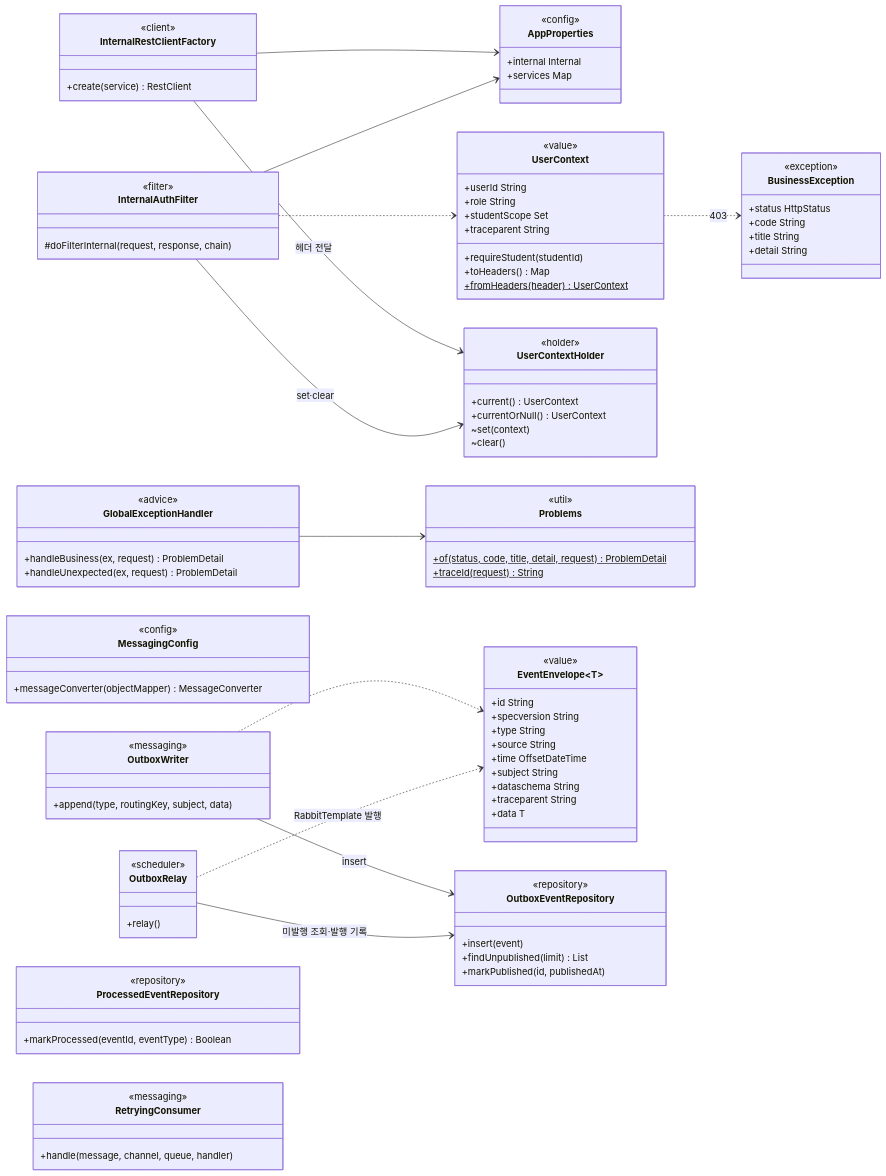
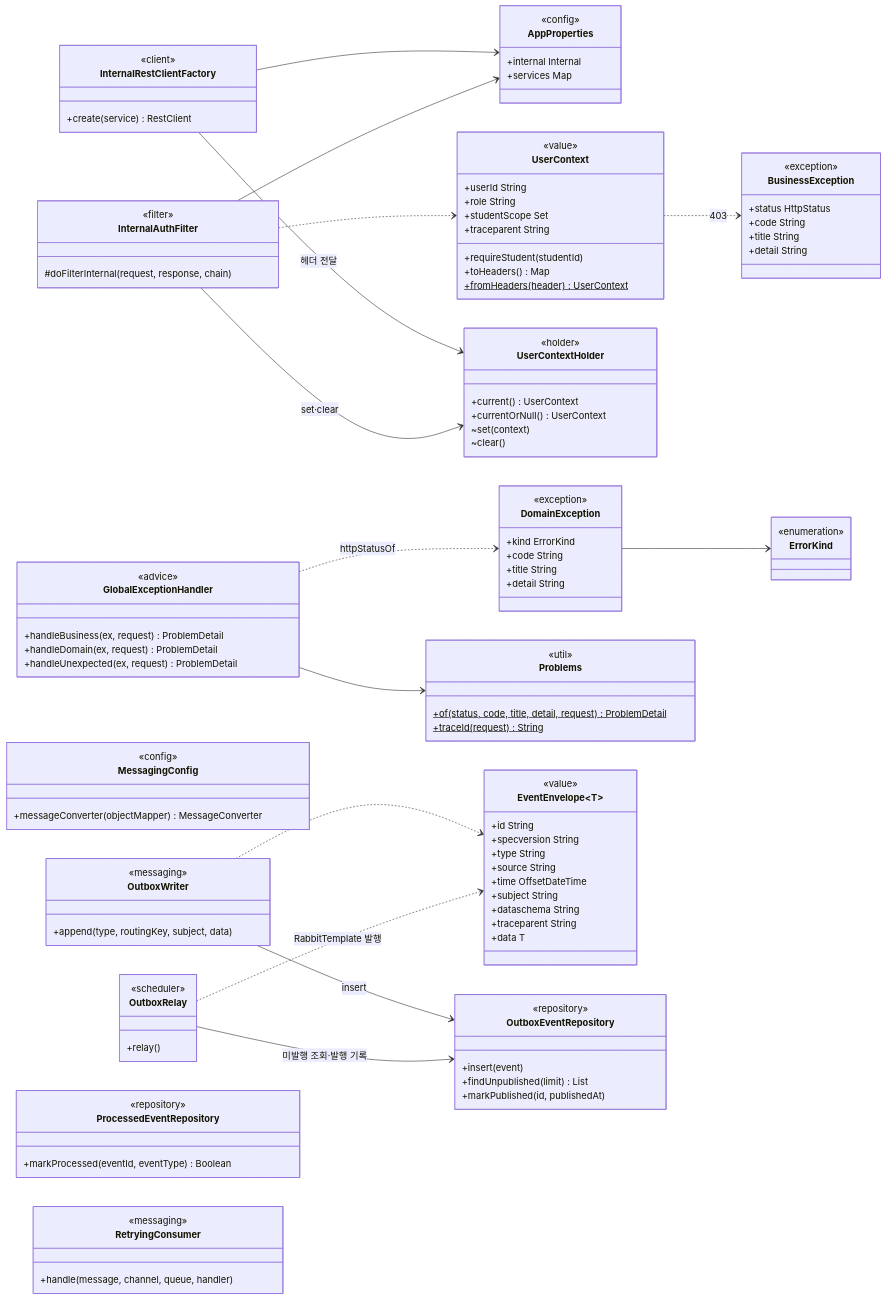
One commit to SKNETWORKS-FAMILY-AICAMP/SKN34-FINAL-3TEAM changed the first of 15 diagrams in docs/design/class-diagram.md. Above: the diagram before and after it, drawn with Mermaid. The commit also changed other lines of this file and 5 other files, not shown here.

```diff
--- a/docs/design/class-diagram.md
+++ b/docs/design/class-diagram.md
@@ -67,9 +67,20 @@
     +title String
     +detail String
   }
+  class DomainException {
+    <<exception>>
+    +kind ErrorKind
+    +code String
+    +title String
+    +detail String
+  }
+  class ErrorKind {
+    <<enumeration>>
+  }
   class GlobalExceptionHandler {
     <<advice>>
     +handleBusiness(ex, request) ProblemDetail
+    +handleDomain(ex, request) ProblemDetail
     +handleUnexpected(ex, request) ProblemDetail
   }
   class Problems {
@@ -122,7 +133,9 @@
   InternalAuthFilter --> UserContextHolder : set·clear
   InternalAuthFilter ..> UserContext
   UserContext ..> BusinessException : 403
+  DomainException --> ErrorKind
   GlobalExceptionHandler --> Problems
+  GlobalExceptionHandler ..> DomainException : httpStatusOf
   OutboxWriter ..> EventEnvelope
   OutboxWriter --> OutboxEventRepository : insert
   OutboxRelay --> OutboxEventRepository : 미발행 조회·발행 기록
```
